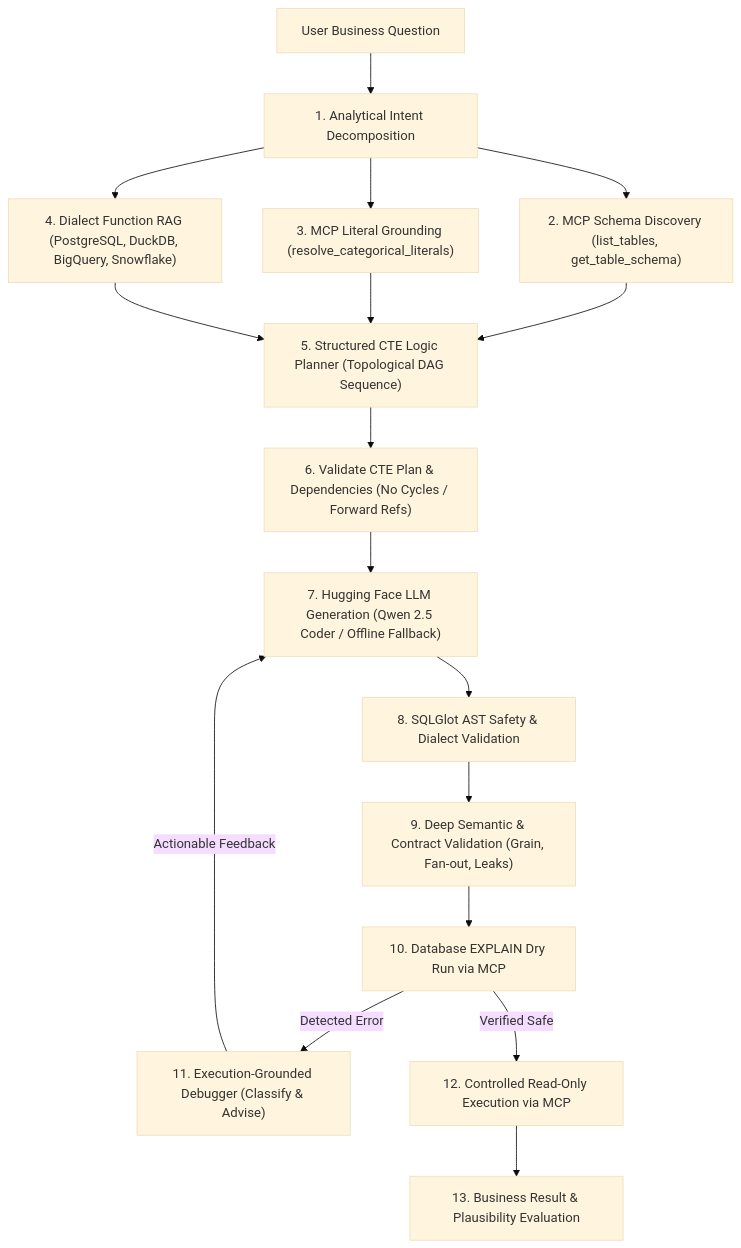
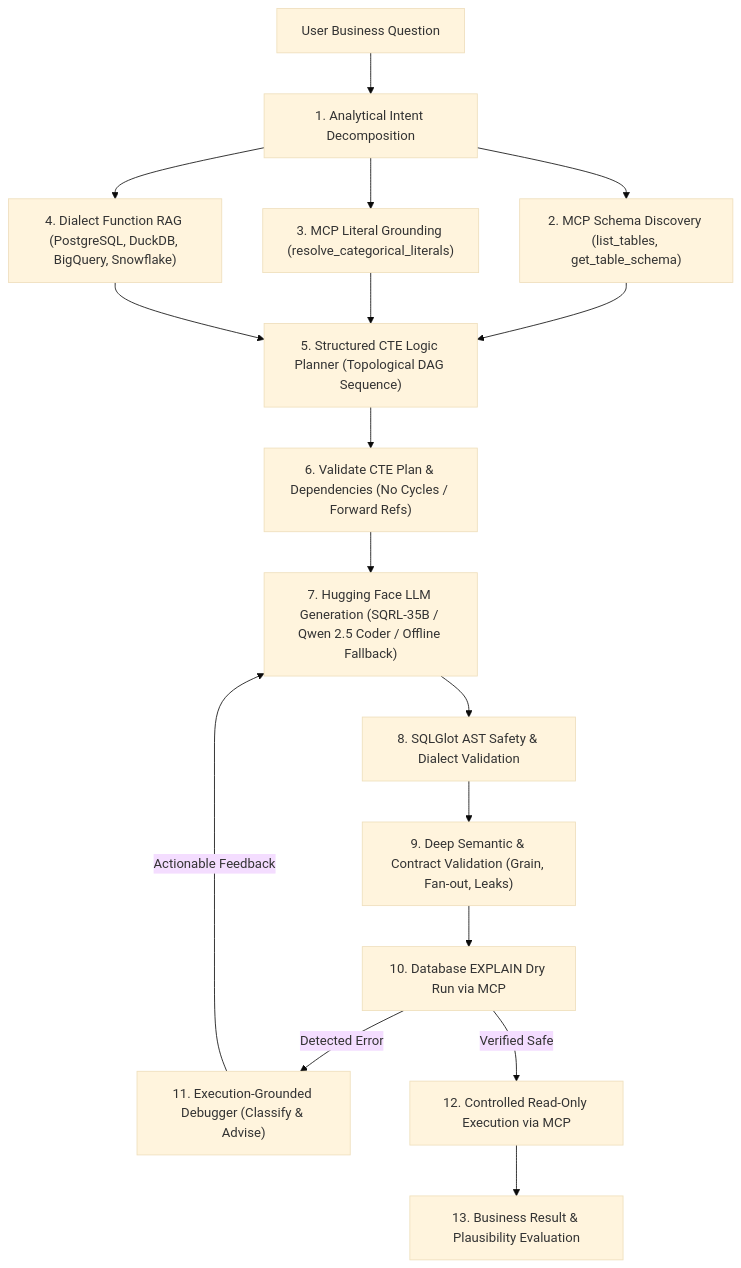
Before and after one commit to FrankY-afk/text_to_sql: the diagram in README.md, drawn with Mermaid (base theme). The commit also changed other lines of this file and 2 other files, not shown here.

Commit message:
docs: remove IEEE draft files from project and sync SQRL architecture in README

````diff
--- a/README.md
+++ b/README.md
@@ -26,24 +26,24 @@
 ```mermaid
 flowchart TD
     UserQuestion["User Business Question"] --> Intent["1. Analytical Intent Decomposition"]
     Intent --> MCPSchema["2. MCP Schema Discovery (list_tables, get_table_schema)"]
     Intent --> MCPLiteral["3. MCP Literal Grounding (resolve_categorical_literals)"]
     Intent --> DialectRAG["4. Dialect Function RAG (PostgreSQL, DuckDB, BigQuery, Snowflake)"]
     
     MCPSchema --> CTEPlanner["5. Structured CTE Logic Planner (Topological DAG Sequence)"]
     MCPLiteral --> CTEPlanner
     DialectRAG --> CTEPlanner
     
     CTEPlanner --> ValidatePlan["6. Validate CTE Plan & Dependencies (No Cycles / Forward Refs)"]
-    ValidatePlan --> HFGen["7. Hugging Face LLM Generation (Qwen 2.5 Coder / Offline Fallback)"]
+    ValidatePlan --> HFGen["7. Hugging Face LLM Generation (SQRL-35B / Qwen 2.5 Coder / Offline Fallback)"]
     
     HFGen --> ASTGate["8. SQLGlot AST Safety & Dialect Validation"]
     ASTGate --> SemGate["9. Deep Semantic & Contract Validation (Grain, Fan-out, Leaks)"]
     SemGate --> DryRun["10. Database EXPLAIN Dry Run via MCP"]
     
     DryRun -->|Detected Error| Debugger["11. Execution-Grounded Debugger (Classify & Advise)"]
     Debugger -->|Actionable Feedback| HFGen
     
     DryRun -->|Verified Safe| ControlledExec["12. Controlled Read-Only Execution via MCP"]
     ControlledExec --> Eval["13. Business Result & Plausibility Evaluation"]
 ```
````
